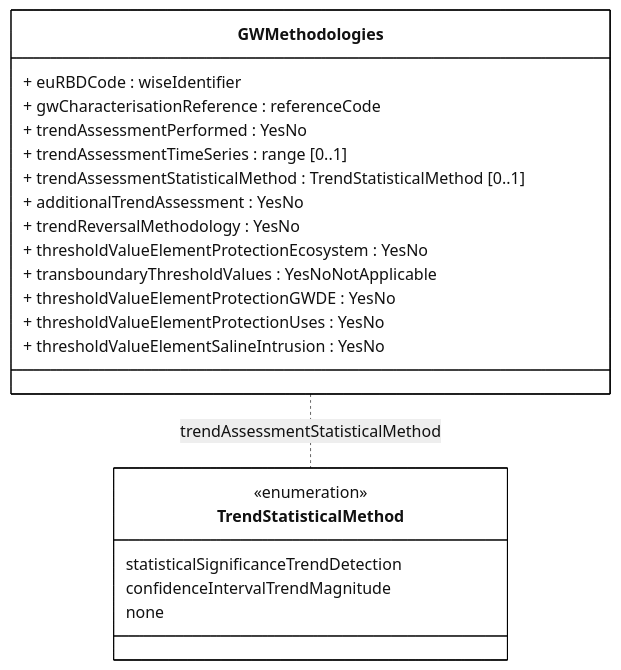
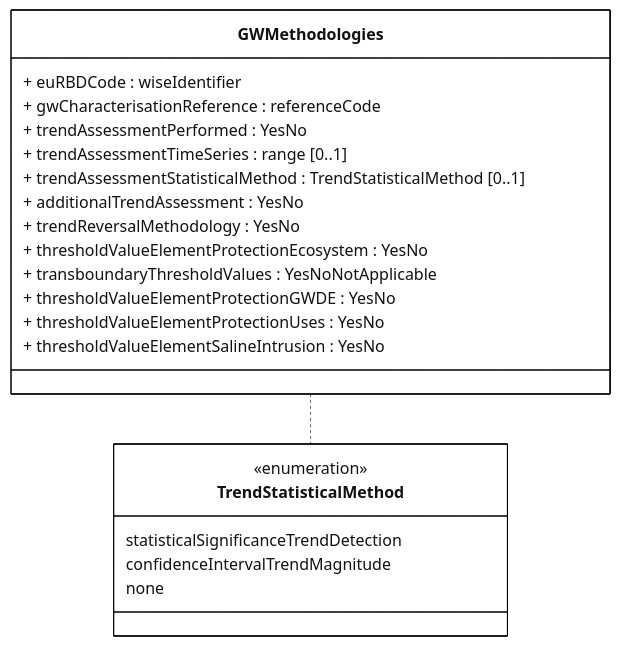
The diagram in docs/DataModelReview/mmd/GroundwaterMethodologies_4thCycle_GWMethodologies_ClassDiagram.mmd (eeadata/WISE.WFD.Documentation), drawn with Mermaid before and after one commit. The commit also changed 8 other files, not shown here.

Commit message:
Typos in diagrams

```diff
--- a/docs/DataModelReview/mmd/GroundwaterMethodologies_4thCycle_GWMethodologies_ClassDiagram.mmd
+++ b/docs/DataModelReview/mmd/GroundwaterMethodologies_4thCycle_GWMethodologies_ClassDiagram.mmd
@@ -1,39 +1,39 @@
 ---
 config:
   class:
     hideEmptyMembersBox: true
   layout: dagre
   theme: neutral
   themeVariables:
     noteBkgColor: LightYellow
     noteTextColor: black 
 ---
 classDiagram
 
 class GWMethodologies {
   + euRBDCode : wiseIdentifier
   + gwCharacterisationReference : referenceCode
   + trendAssessmentPerformed : YesNo
   + trendAssessmentTimeSeries : range [0..1]
   + trendAssessmentStatisticalMethod : TrendStatisticalMethod [0..1]
   + additionalTrendAssessment : YesNo
   + trendReversalMethodology : YesNo
   + thresholdValueElementProtectionEcosystem : YesNo
   + transboundaryThresholdValues : YesNoNotApplicable
   + thresholdValueElementProtectionGWDE : YesNo
   + thresholdValueElementProtectionUses : YesNo
   + thresholdValueElementSalineIntrusion : YesNo
 }
 
 class TrendStatisticalMethod{
   <<enumeration>>
   statisticalSignificanceTrendDetection
   confidenceIntervalTrendMagnitude
   none
 }
 
-GWMethodologies .. TrendStatisticalMethod : trendAssessmentStatisticalMethod
+GWMethodologies .. TrendStatisticalMethod 
 
 classDef default fill:white,stroke:#000;
 classDef otherDataset fill:lightyellow,stroke:#000;
 classDef forFixing fill:white,stroke:#f00;
```
